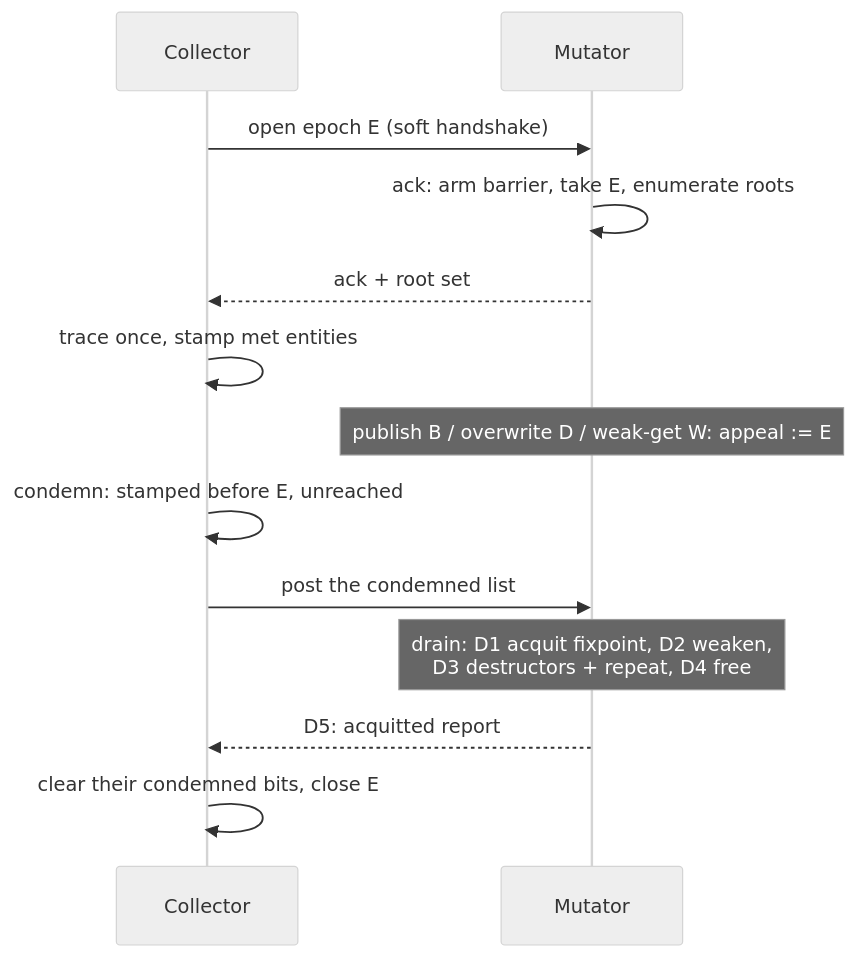
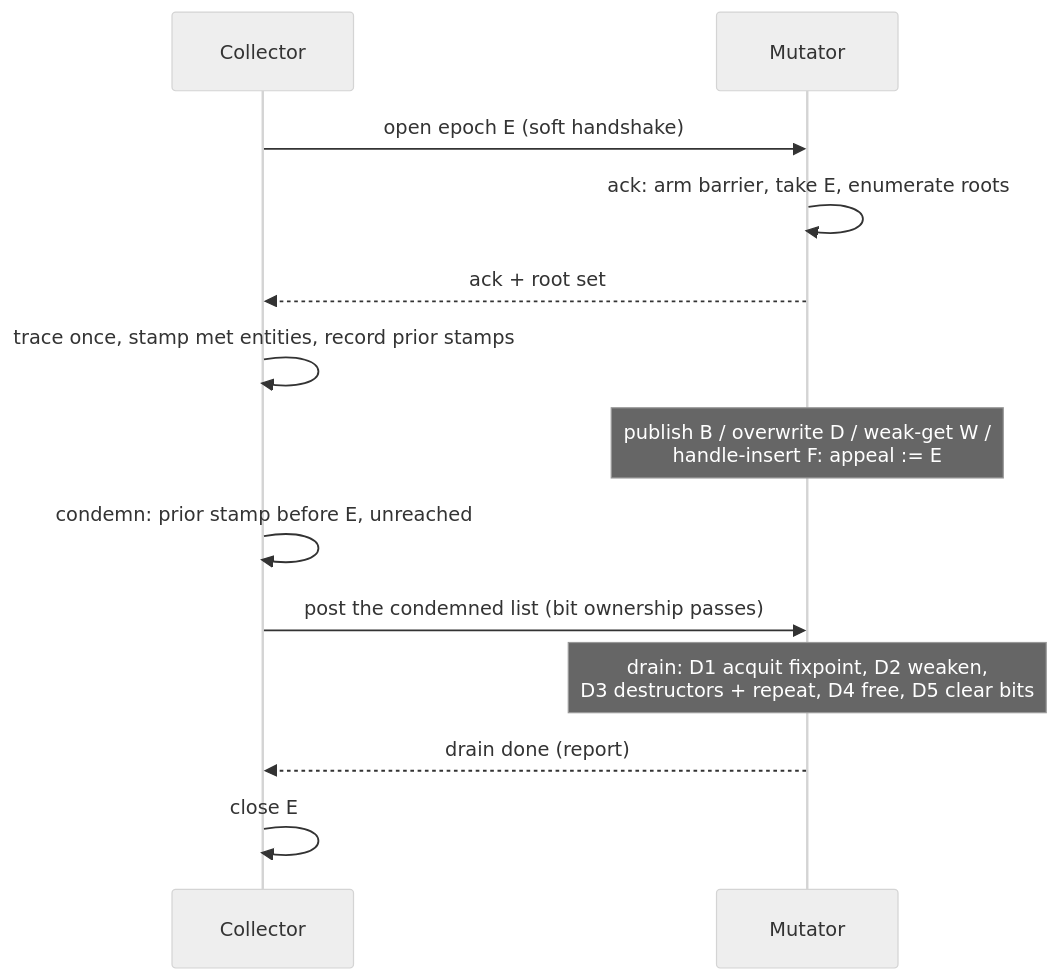
One commit to limelight-lang/model changed the diagram in dev/APPEAL_WALK_GC.md. Above: the diagram before and after it, drawn with Mermaid (neutral theme). The commit also changed other lines of this file, not shown here.

Commit message:
gc: appeal-walk finished after the second critic round

````diff
--- a/dev/APPEAL_WALK_GC.md
+++ b/dev/APPEAL_WALK_GC.md
@@ -203,15 +273,15 @@
 ```mermaid
 sequenceDiagram
     participant C as Collector
     participant M as Mutator
     C->>M: open epoch E (soft handshake)
     M->>M: ack: arm barrier, take E, enumerate roots
     M-->>C: ack + root set
-    C->>C: trace once, stamp met entities
-    Note over M: publish B / overwrite D / weak-get W: appeal := E
-    C->>C: condemn: stamped before E, unreached
-    C->>M: post the condemned list
-    Note over M: drain: D1 acquit fixpoint, D2 weaken,<br/>D3 destructors + repeat, D4 free
-    M-->>C: D5: acquitted report
-    C->>C: clear their condemned bits, close E
+    C->>C: trace once, stamp met entities, record prior stamps
+    Note over M: publish B / overwrite D / weak-get W /<br/>handle-insert F: appeal := E
+    C->>C: condemn: prior stamp before E, unreached
+    C->>M: post the condemned list (bit ownership passes)
+    Note over M: drain: D1 acquit fixpoint, D2 weaken,<br/>D3 destructors + repeat, D4 free, D5 clear bits
+    M-->>C: drain done (report)
+    C->>C: close E
 ```
````
